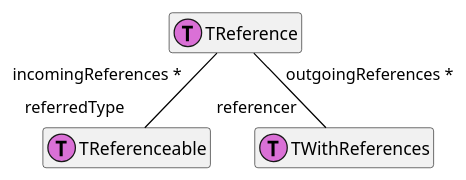
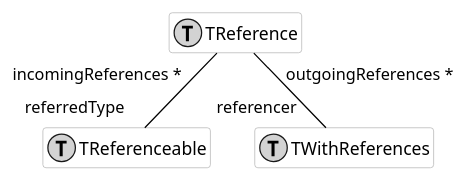
Before and after one commit to moosetechnology/moose-wiki: the diagram in Developers/Diagrams/reference.puml, drawn with PlantUML. The commit also changed 13 other files, not shown here.

Commit message:
All associations UML diagrams

```diff
--- a/Developers/Diagrams/reference.puml
+++ b/Developers/Diagrams/reference.puml
@@ -1,18 +1,23 @@
 @startuml
-
 hide empty members
 
-class behavior1 as "TReference" << (T,orchid) >> {
+skinparam class {
+  BackgroundColor white
+  ArrowColor black
+  BorderColor darkGray
 }
 
-class behavior2 as "TReferenceable" << (T,orchid) >> {
+class behavior1 as "TReference" << (T,lightGrey) >> {
 }
 
-class behavior3 as "TWithReferences" << (T,orchid) >> {
+class behavior2 as "TReferenceable" << (T,lightGrey) >> {
+}
+
+class behavior3 as "TWithReferences" << (T,lightGrey) >> {
 }
 
 
 behavior1 "incomingReferences * " -[#black]- "referredType  " behavior2
 behavior1 "outgoingReferences * " -[#black]- "referencer  " behavior3
 
 @enduml
```
